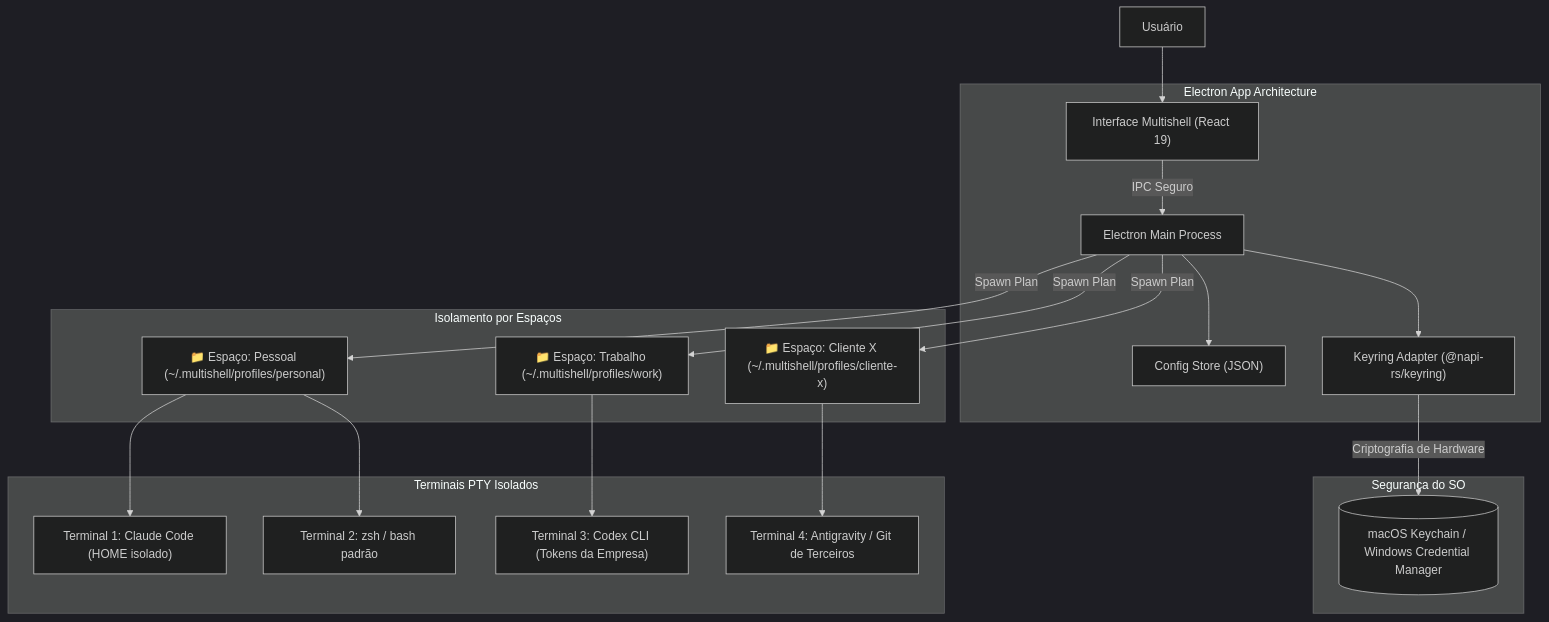
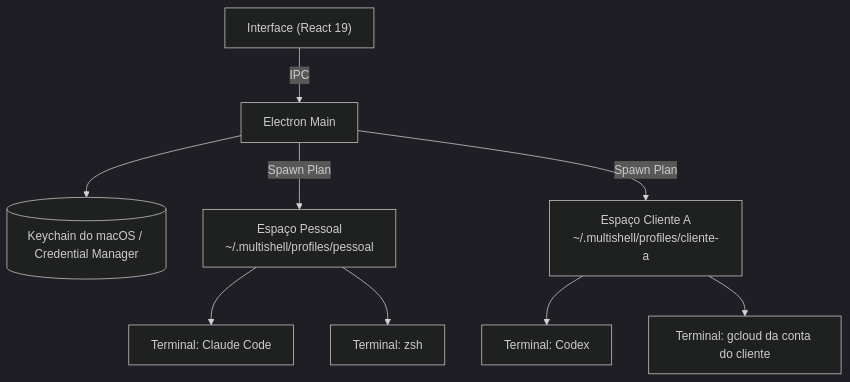
The diagram in README.md (guistela/multishell-gs), drawn with Mermaid (dark theme) before and after one commit. The commit also changed other lines of this file and 9 other files, not shown here.

````diff
--- a/README.md
+++ b/README.md
@@ -42,27 +42,11 @@
 ```mermaid
 flowchart TD
-    User["Usuário"] --> UI["Interface Multishell (React 19)"]
-
-    subgraph AppContainer ["Electron App Architecture"]
-        UI -->|"IPC Seguro"| MainProcess["Electron Main Process"]
-        MainProcess --> StoreManager["Config Store (JSON)"]
-        MainProcess --> KeyringAPI["Keyring Adapter (@napi-rs/keyring)"]
-    end
-
-    subgraph SecurityShield ["Segurança do SO"]
-        KeyringAPI -->|"Criptografia de Hardware"| OSKeyring[("macOS Keychain / Windows Credential Manager")]
-    end
-
-    subgraph SpacesTopology ["Isolamento por Espaços"]
-        MainProcess -->|"Spawn Plan"| SpaceA["📁 Espaço: Pessoal (~/.multishell/profiles/personal)"]
-        MainProcess -->|"Spawn Plan"| SpaceB["📁 Espaço: Trabalho (~/.multishell/profiles/work)"]
-        MainProcess -->|"Spawn Plan"| SpaceC["📁 Espaço: Cliente X (~/.multishell/profiles/cliente-x)"]
-    end
-
-    subgraph TerminalsExec ["Terminais PTY Isolados"]
-        SpaceA --> PTY1["Terminal 1: Claude Code (HOME isolado)"]
-        SpaceA --> PTY2["Terminal 2: zsh / bash padrão"]
-        SpaceB --> PTY3["Terminal 3: Codex CLI (Tokens da Empresa)"]
-        SpaceC --> PTY4["Terminal 4: Antigravity / Git de Terceiros"]
-    end
+    UI["Interface (React 19)"] -->|IPC| Main["Electron Main"]
+    Main --> Keyring[("Keychain do macOS / Credential Manager")]
+    Main -->|Spawn Plan| A["Espaço Pessoal<br/>~/.multishell/profiles/pessoal"]
+    Main -->|Spawn Plan| B["Espaço Cliente A<br/>~/.multishell/profiles/cliente-a"]
+    A --> A1["Terminal: Claude Code"]
+    A --> A2["Terminal: zsh"]
+    B --> B1["Terminal: Codex"]
+    B --> B2["Terminal: gcloud da conta do cliente"]
 ```
````
